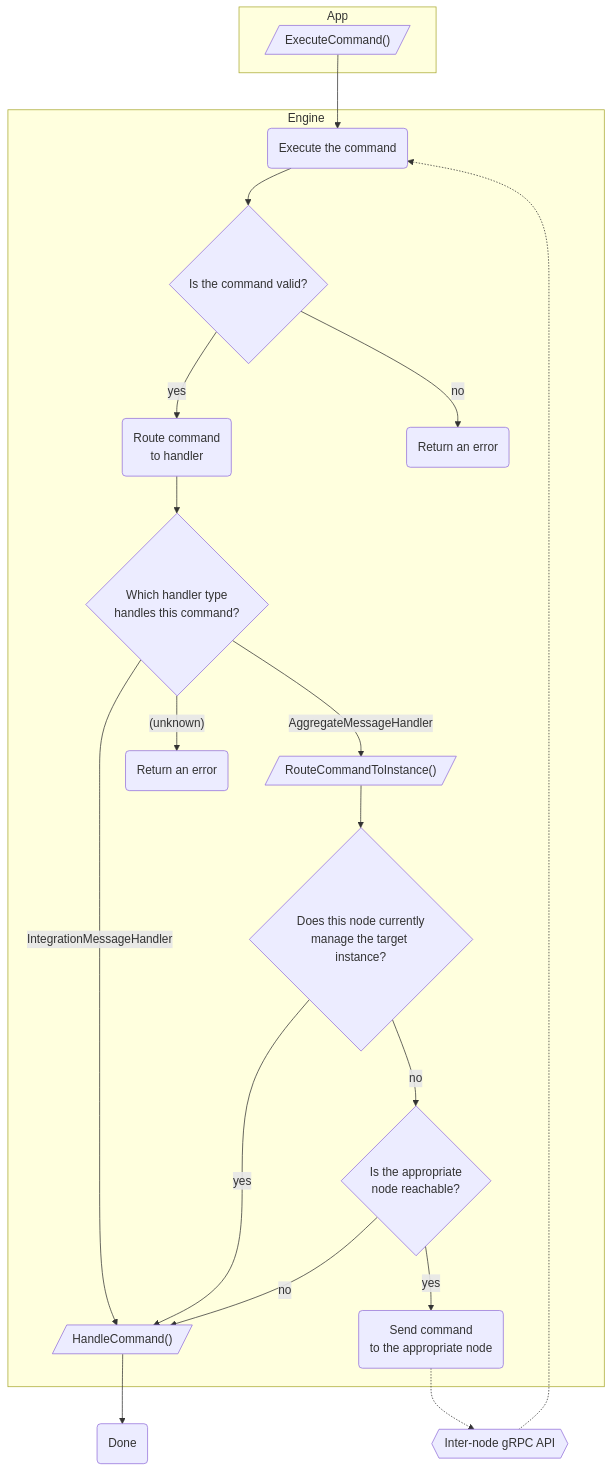
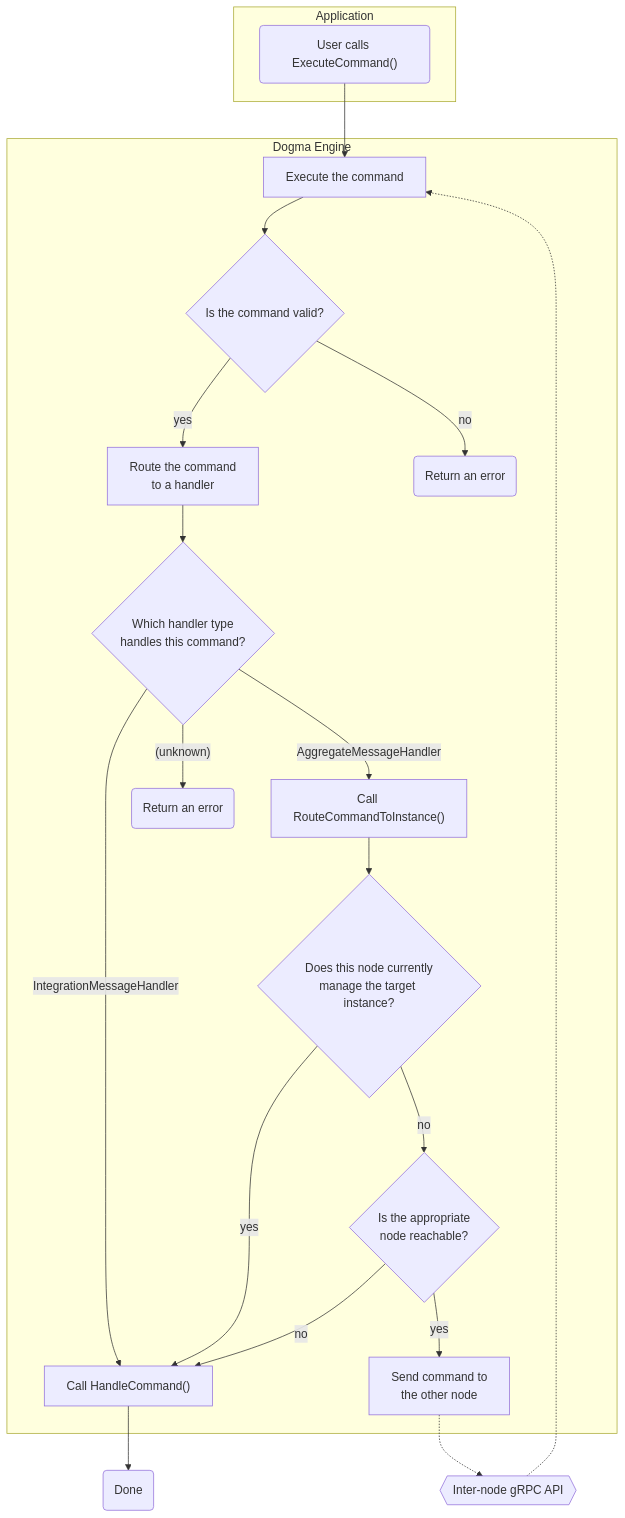
Before and after one commit to dogmatiq/veracity: the diagram in docs/command-routing.md, drawn with Mermaid.

Commit message:
Use more consistent shapes.

````diff
--- a/docs/command-routing.md
+++ b/docs/command-routing.md
@@ -1,46 +1,47 @@
 ```mermaid
 flowchart TD
-    subgraph App
-        ExecuteCommand[/"ExecuteCommand()"/]
+    subgraph Application
+        Begin("User calls ExecuteCommand()")
     end
 
-    subgraph Engine
-        Begin(Execute the command)
-        ExecuteCommand --> Begin
+    subgraph Dogma Engine
+        Begin --> Execute
+
+        Execute[Execute the command]
         Valid?{Is the command valid?}
-        RouteToHandler(Route command\nto handler)
+        RouteToHandler[Route the command\nto a handler]
         HandlerType?{Which handler type\nhandles this command?}
-        RouteToInstance[/"RouteCommandToInstance()"/]
+        RouteToInstance["Call RouteCommandToInstance()"]
         ThisNode?{"Does this node currently\nmanage the target instance?"}
-        Handle[/"HandleCommand()"/]
+        Handle["Call HandleCommand()"]
         Reachable?{"Is the appropriate\nnode reachable?"}
-        Send(Send command\nto the appropriate node)
+        Send[Send command to\nthe other node]
 
-        Begin --> Valid?
+        Execute --> Valid?
 
         Valid? -- yes --> RouteToHandler
         Valid? -- no --> NotValid(Return an error)
 
         RouteToHandler --> HandlerType?
 
         HandlerType? -- AggregateMessageHandler --> RouteToInstance
         HandlerType? -- IntegrationMessageHandler --> Handle
         HandlerType? -- "(unknown)" --> Unknown(Return an error)
 
         RouteToInstance --> ThisNode?
 
         ThisNode? -- yes --> Handle
         ThisNode? -- no --> Reachable?
 
         Reachable? -- yes --> Send
         Reachable? -- no --> Handle
-
     end
 
     API{{Inter-node gRPC API}}
     Send -.-> API
-    API -.-> Begin
+    API -.-> Execute
 
-    End(Done)
-    Handle --> End
+    Done(Done)
+    Handle --> Done
+
 ```
````
